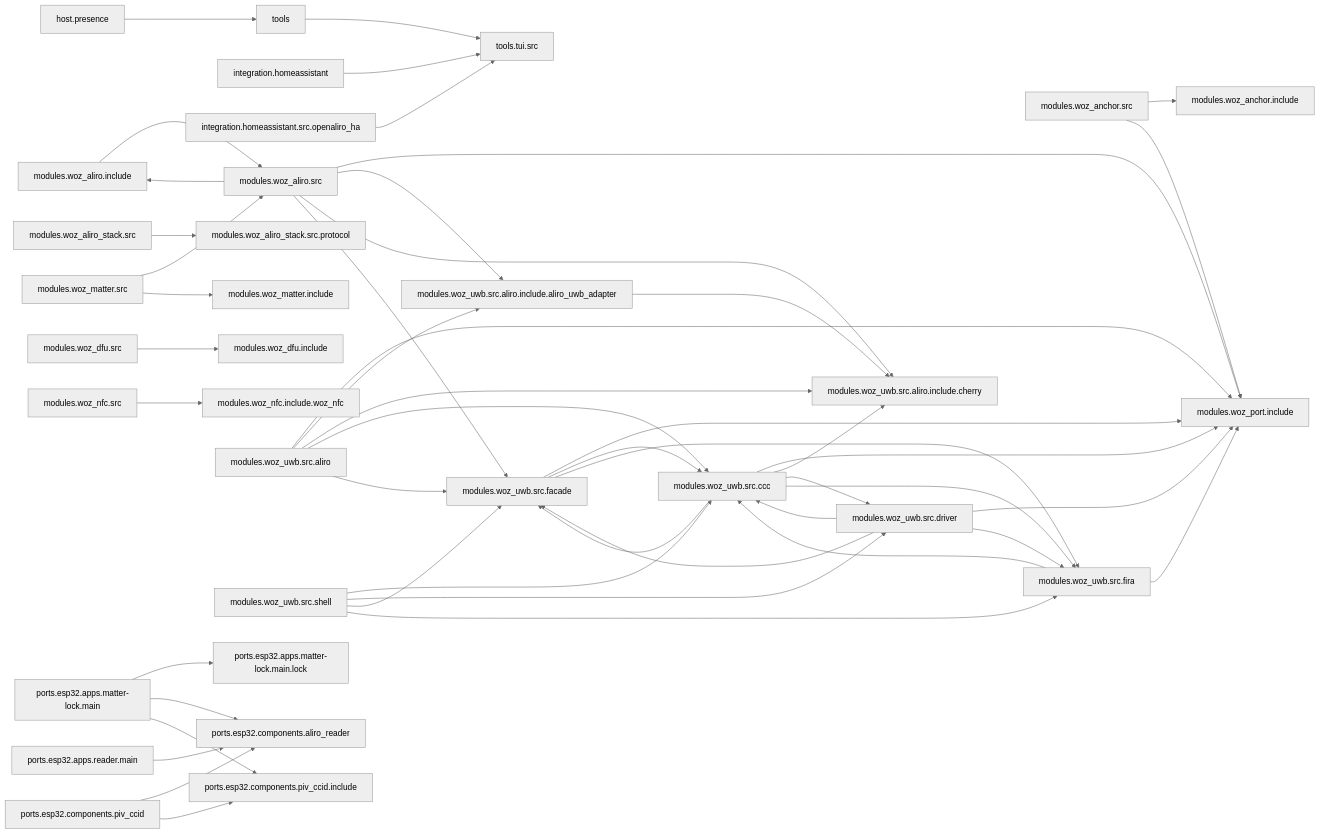
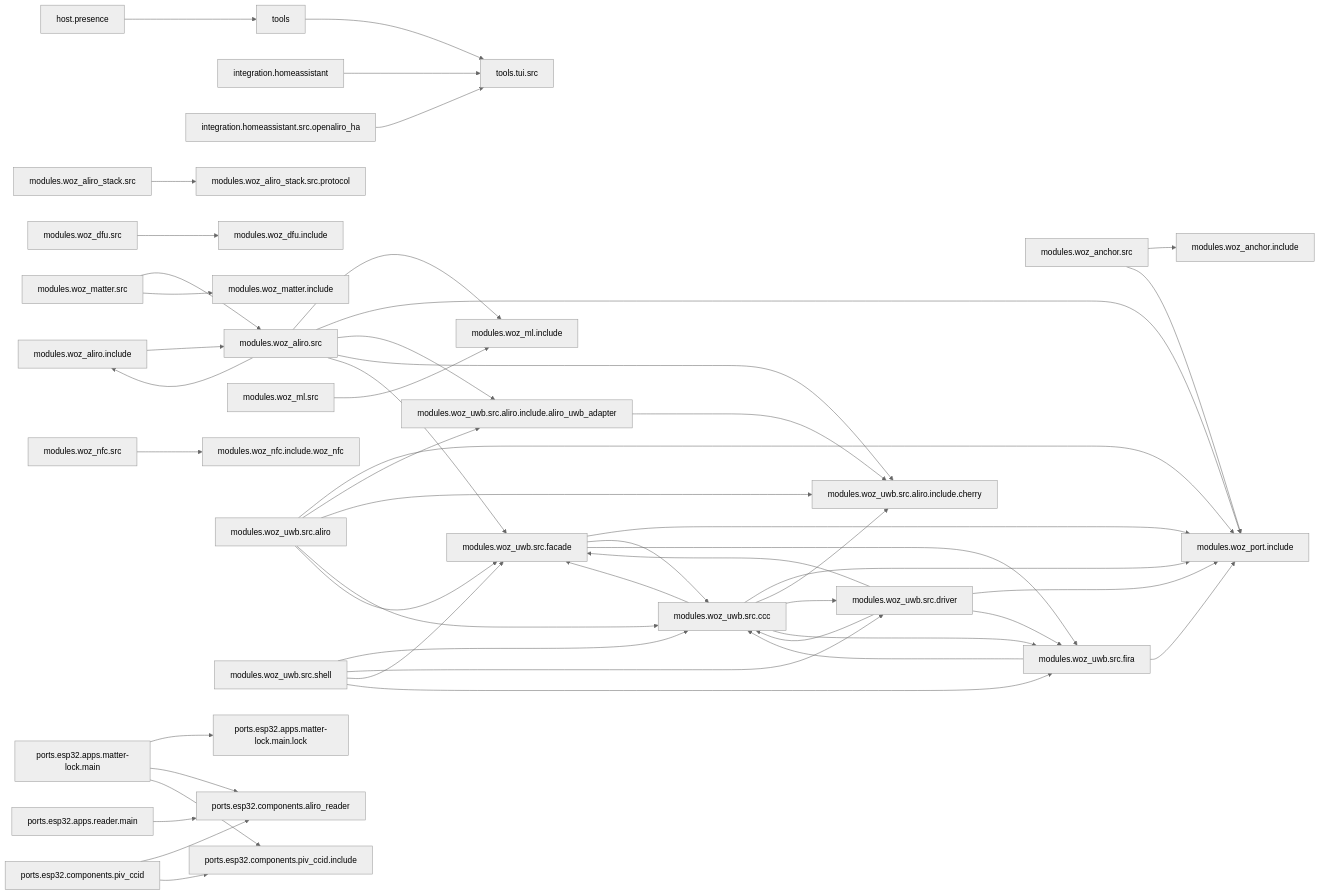
The diagram in docs/ARCHITECTURE.md (jonathan-shc/UWB), drawn with Mermaid (neutral theme) before and after one commit. The commit also changed other lines of this file and 110 other files, not shown here.

````diff
--- a/docs/ARCHITECTURE.md
+++ b/docs/ARCHITECTURE.md
@@ -6,50 +6,52 @@
 ```mermaid
 flowchart LR
   host.presence --> tools
   integration.homeassistant --> tools.tui.src
   integration.homeassistant.src.openaliro_ha --> tools.tui.src
   modules.woz_aliro.include --> modules.woz_aliro.src
   modules.woz_aliro.src --> modules.woz_aliro.include
+  modules.woz_aliro.src --> modules.woz_ml.include
   modules.woz_aliro.src --> modules.woz_port.include
   modules.woz_aliro.src --> modules.woz_uwb.src.aliro.include.aliro_uwb_adapter
   modules.woz_aliro.src --> modules.woz_uwb.src.aliro.include.cherry
   modules.woz_aliro.src --> modules.woz_uwb.src.facade
   modules.woz_aliro_stack.src --> modules.woz_aliro_stack.src.protocol
   modules.woz_anchor.src --> modules.woz_anchor.include
   modules.woz_anchor.src --> modules.woz_port.include
   modules.woz_dfu.src --> modules.woz_dfu.include
   modules.woz_matter.src --> modules.woz_aliro.src
   modules.woz_matter.src --> modules.woz_matter.include
+  modules.woz_ml.src --> modules.woz_ml.include
   modules.woz_nfc.src --> modules.woz_nfc.include.woz_nfc
   modules.woz_uwb.src.aliro --> modules.woz_port.include
   modules.woz_uwb.src.aliro --> modules.woz_uwb.src.aliro.include.aliro_uwb_adapter
   modules.woz_uwb.src.aliro --> modules.woz_uwb.src.aliro.include.cherry
   modules.woz_uwb.src.aliro --> modules.woz_uwb.src.ccc
   modules.woz_uwb.src.aliro --> modules.woz_uwb.src.facade
   modules.woz_uwb.src.aliro.include.aliro_uwb_adapter --> modules.woz_uwb.src.aliro.include.cherry
   modules.woz_uwb.src.ccc --> modules.woz_port.include
   modules.woz_uwb.src.ccc --> modules.woz_uwb.src.aliro.include.cherry
   modules.woz_uwb.src.ccc --> modules.woz_uwb.src.driver
   modules.woz_uwb.src.ccc --> modules.woz_uwb.src.facade
   modules.woz_uwb.src.ccc --> modules.woz_uwb.src.fira
   modules.woz_uwb.src.driver --> modules.woz_port.include
   modules.woz_uwb.src.driver --> modules.woz_uwb.src.ccc
   modules.woz_uwb.src.driver --> modules.woz_uwb.src.facade
   modules.woz_uwb.src.driver --> modules.woz_uwb.src.fira
   modules.woz_uwb.src.facade --> modules.woz_port.include
   modules.woz_uwb.src.facade --> modules.woz_uwb.src.ccc
   modules.woz_uwb.src.facade --> modules.woz_uwb.src.fira
   modules.woz_uwb.src.fira --> modules.woz_port.include
   modules.woz_uwb.src.fira --> modules.woz_uwb.src.ccc
   modules.woz_uwb.src.shell --> modules.woz_uwb.src.ccc
   modules.woz_uwb.src.shell --> modules.woz_uwb.src.driver
   modules.woz_uwb.src.shell --> modules.woz_uwb.src.facade
   modules.woz_uwb.src.shell --> modules.woz_uwb.src.fira
   ports.esp32.apps.matter-lock.main --> ports.esp32.apps.matter-lock.main.lock
   ports.esp32.apps.matter-lock.main --> ports.esp32.components.aliro_reader
   ports.esp32.apps.matter-lock.main --> ports.esp32.components.piv_ccid.include
   ports.esp32.apps.reader.main --> ports.esp32.components.aliro_reader
   ports.esp32.components.piv_ccid --> ports.esp32.components.aliro_reader
   ports.esp32.components.piv_ccid --> ports.esp32.components.piv_ccid.include
   tools --> tools.tui.src
 ```
````
